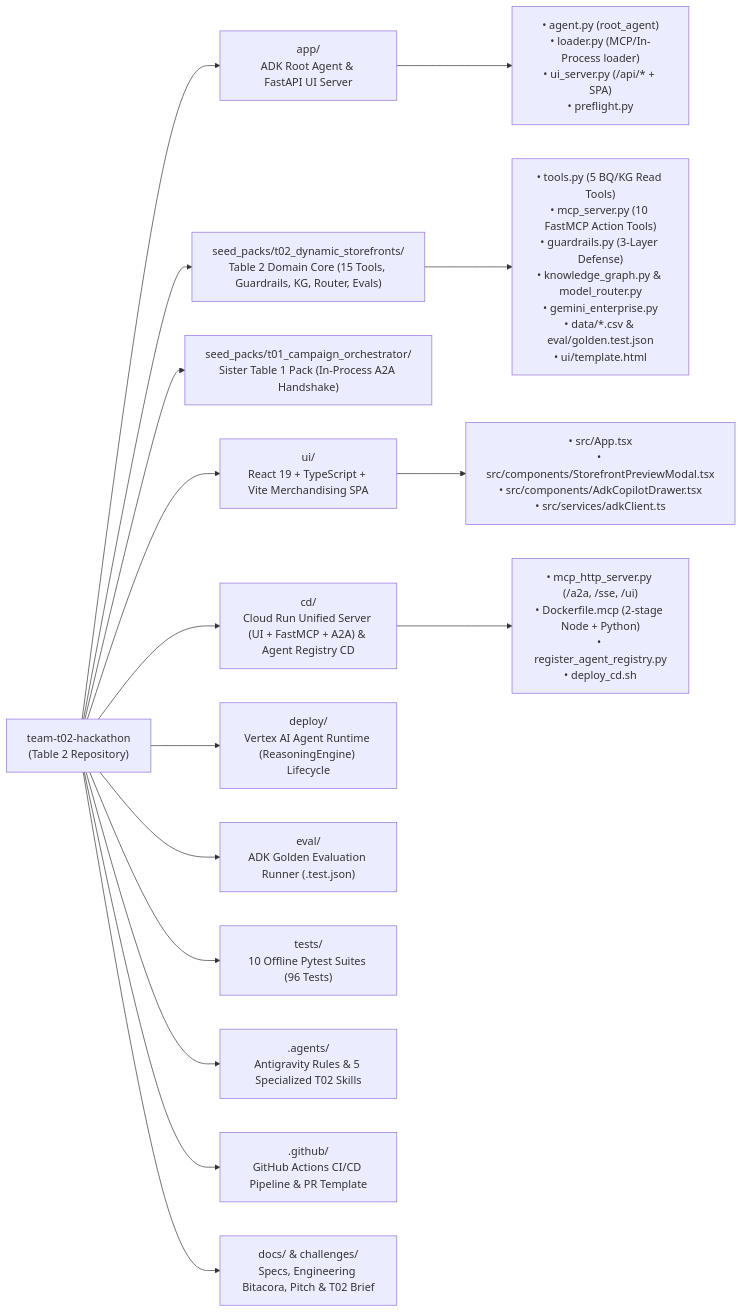
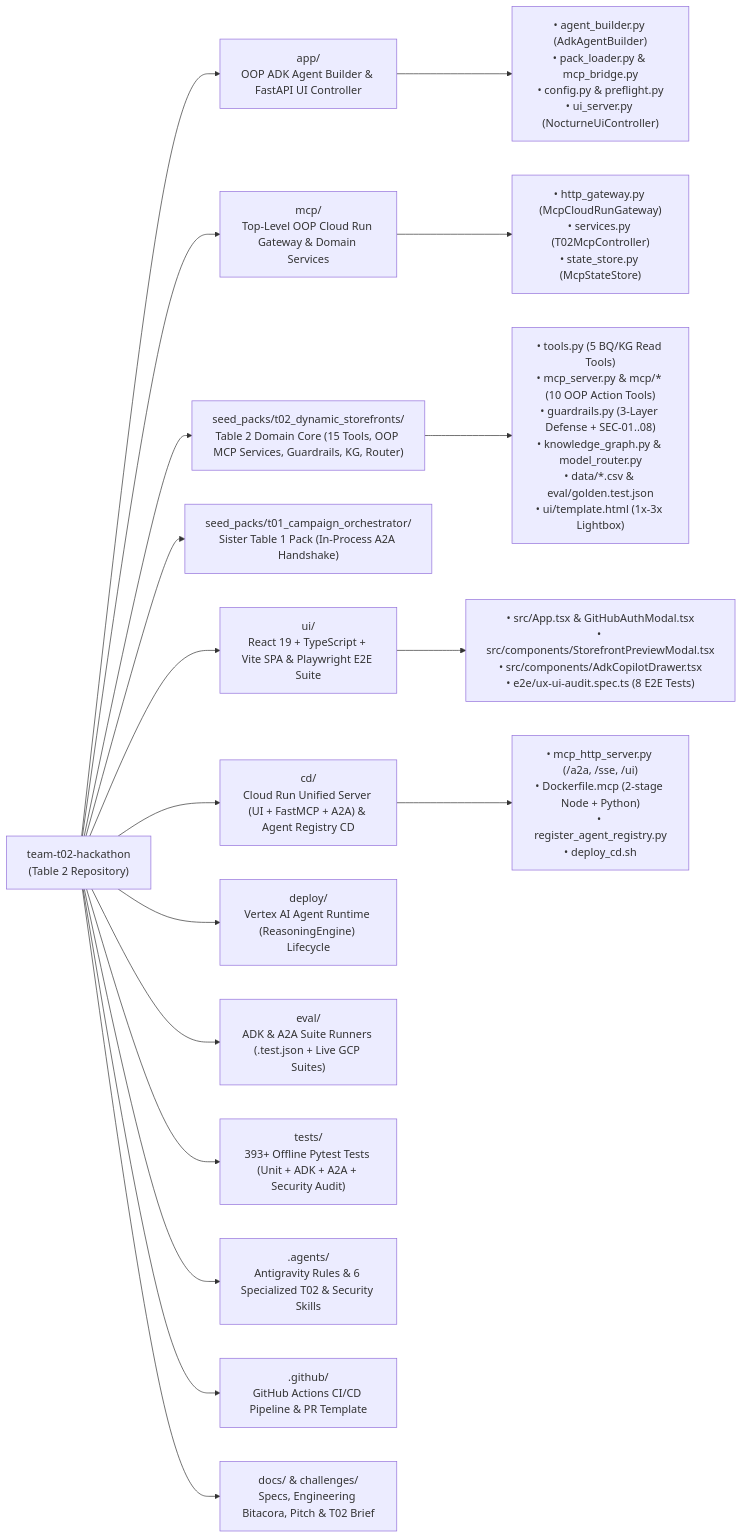
Before and after one commit to rafalitox2/ai-innovators-london-hackathon: the second of 2 diagrams in README.md, drawn with Mermaid. The commit also changed other lines of this file and 6 other files, not shown here.

Commit message:
docs(t02): sync architecture, traceability matrix (41 PRs, 19 Issues) & test suites through PR #61

````diff
--- a/README.md
+++ b/README.md
@@ -102,21 +102,23 @@
 ```mermaid
 flowchart LR
     Repo["team-t02-hackathon<br/>(Table 2 Repository)"]
 
-    Repo --> AppDir["app/<br/>ADK Root Agent & FastAPI UI Server"]
-    Repo --> SeedT02["seed_packs/t02_dynamic_storefronts/<br/>Table 2 Domain Core (15 Tools, Guardrails, KG, Router, Evals)"]
+    Repo --> AppDir["app/<br/>OOP ADK Agent Builder & FastAPI UI Controller"]
+    Repo --> McpDir["mcp/<br/>Top-Level OOP Cloud Run Gateway & Domain Services"]
+    Repo --> SeedT02["seed_packs/t02_dynamic_storefronts/<br/>Table 2 Domain Core (15 Tools, OOP MCP Services, Guardrails, KG, Router)"]
     Repo --> SeedT01["seed_packs/t01_campaign_orchestrator/<br/>Sister Table 1 Pack (In-Process A2A Handshake)"]
-    Repo --> UIDir["ui/<br/>React 19 + TypeScript + Vite Merchandising SPA"]
+    Repo --> UIDir["ui/<br/>React 19 + TypeScript + Vite SPA & Playwright E2E Suite"]
     Repo --> CDDir["cd/<br/>Cloud Run Unified Server (UI + FastMCP + A2A) & Agent Registry CD"]
     Repo --> DeployDir["deploy/<br/>Vertex AI Agent Runtime (ReasoningEngine) Lifecycle"]
-    Repo --> EvalDir["eval/<br/>ADK Golden Evaluation Runner (.test.json)"]
-    Repo --> TestsDir["tests/<br/>10 Offline Pytest Suites (96 Tests)"]
-    Repo --> AgentsDir[".agents/<br/>Antigravity Rules & 5 Specialized T02 Skills"]
+    Repo --> EvalDir["eval/<br/>ADK & A2A Suite Runners (.test.json + Live GCP Suites)"]
+    Repo --> TestsDir["tests/<br/>393+ Offline Pytest Tests (Unit + ADK + A2A + Security Audit)"]
+    Repo --> AgentsDir[".agents/<br/>Antigravity Rules & 6 Specialized T02 & Security Skills"]
     Repo --> GithubDir[".github/<br/>GitHub Actions CI/CD Pipeline & PR Template"]
     Repo --> DocsDir["docs/ & challenges/<br/>Specs, Engineering Bitacora, Pitch & T02 Brief"]
 
-    AppDir --> AppFiles["• agent.py (root_agent)<br/>• loader.py (MCP/In-Process loader)<br/>• ui_server.py (/api/* + SPA)<br/>• preflight.py"]
-    SeedT02 --> SeedFiles["• tools.py (5 BQ/KG Read Tools)<br/>• mcp_server.py (10 FastMCP Action Tools)<br/>• guardrails.py (3-Layer Defense)<br/>• knowledge_graph.py & model_router.py<br/>• gemini_enterprise.py<br/>• data/*.csv & eval/golden.test.json<br/>• ui/template.html"]
-    UIDir --> UIFiles["• src/App.tsx<br/>• src/components/StorefrontPreviewModal.tsx<br/>• src/components/AdkCopilotDrawer.tsx<br/>• src/services/adkClient.ts"]
+    AppDir --> AppFiles["• agent_builder.py (AdkAgentBuilder)<br/>• pack_loader.py & mcp_bridge.py<br/>• config.py & preflight.py<br/>• ui_server.py (NocturneUiController)"]
+    McpDir --> McpFiles["• http_gateway.py (McpCloudRunGateway)<br/>• services.py (T02McpController)<br/>• state_store.py (McpStateStore)"]
+    SeedT02 --> SeedFiles["• tools.py (5 BQ/KG Read Tools)<br/>• mcp_server.py & mcp/* (10 OOP Action Tools)<br/>• guardrails.py (3-Layer Defense + SEC-01..08)<br/>• knowledge_graph.py & model_router.py<br/>• data/*.csv & eval/golden.test.json<br/>• ui/template.html (1x-3x Lightbox)"]
+    UIDir --> UIFiles["• src/App.tsx & GitHubAuthModal.tsx<br/>• src/components/StorefrontPreviewModal.tsx<br/>• src/components/AdkCopilotDrawer.tsx<br/>• e2e/ux-ui-audit.spec.ts (8 E2E Tests)"]
     CDDir --> CDFiles["• mcp_http_server.py (/a2a, /sse, /ui)<br/>• Dockerfile.mcp (2-stage Node + Python)<br/>• register_agent_registry.py<br/>• deploy_cd.sh"]
 ```
````
